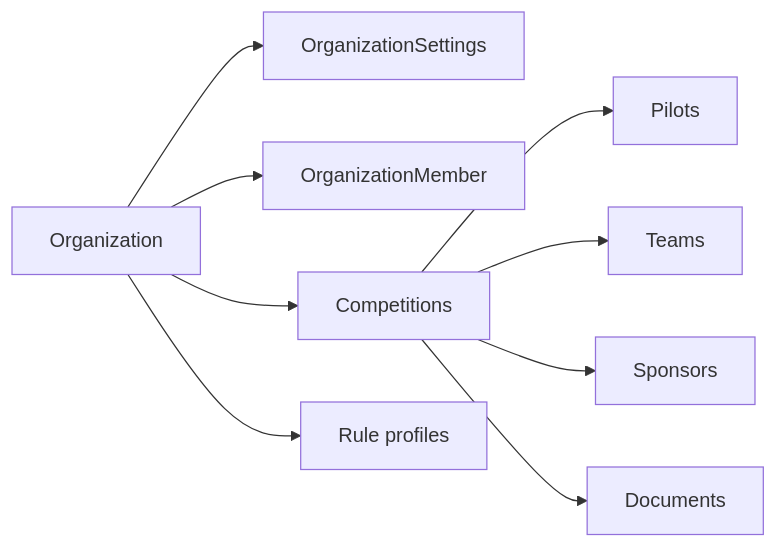
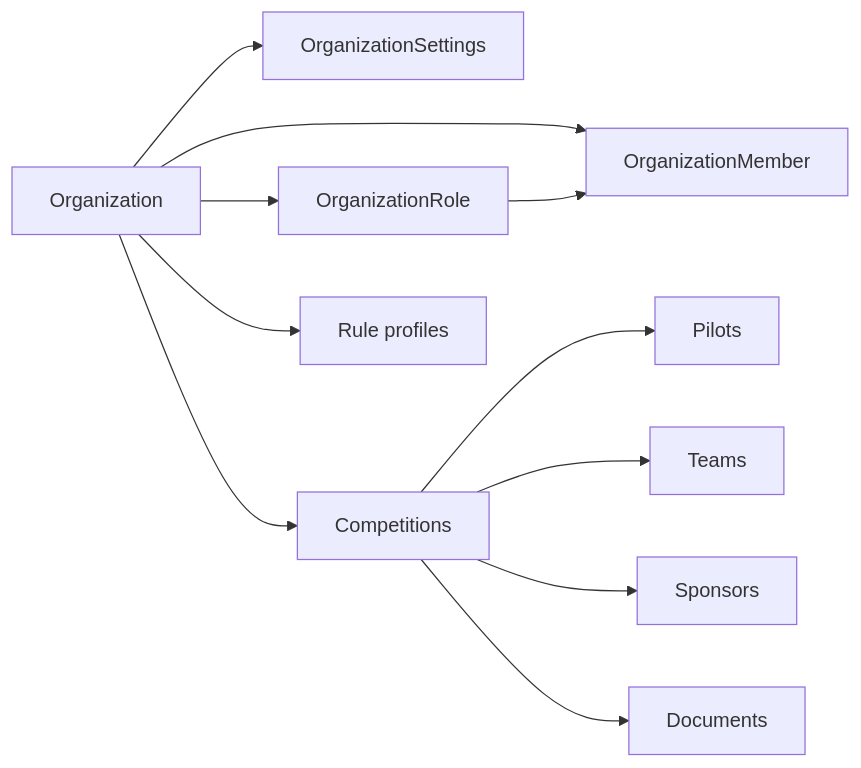
The fourth of 5 diagrams in docs/architecture/OVERVIEW.md (Pratap22/aerojudge-accuracy-cms), drawn with Mermaid before and after one commit. The commit also changed other lines of this file and 43 other files, not shown here.

````diff
--- a/docs/architecture/OVERVIEW.md
+++ b/docs/architecture/OVERVIEW.md
@@ -140,12 +151,14 @@
 ```mermaid
 flowchart LR
     Org[Organization]
     Org --> Settings[OrganizationSettings]
     Org --> Members[OrganizationMember]
+    Org --> Roles[OrganizationRole]
+    Roles --> Members
     Org --> Comps[Competitions]
     Comps --> Pilots
     Comps --> Teams
     Comps --> Sponsors
     Comps --> Documents
     Org --> RuleProfiles[Rule profiles]
 ```
````
